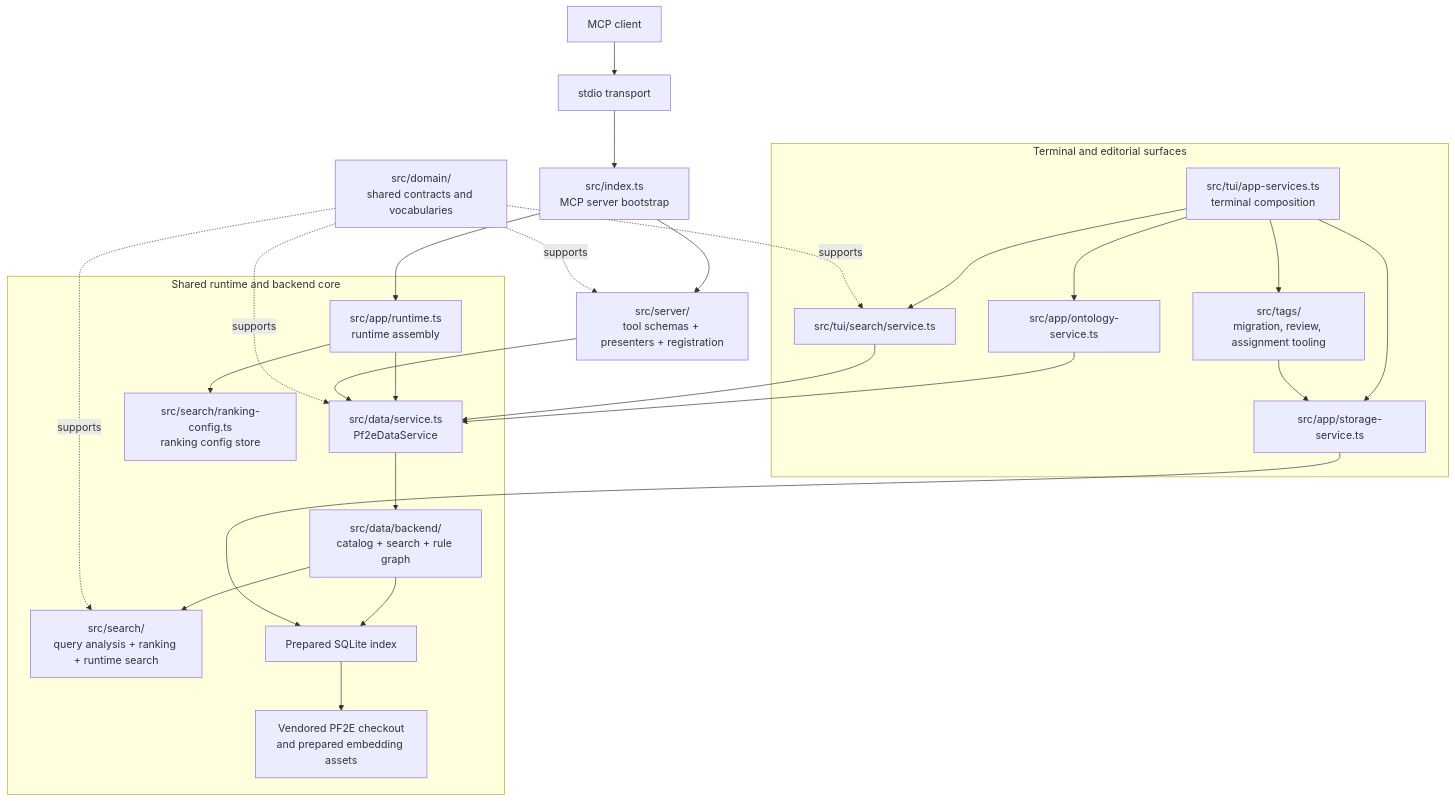
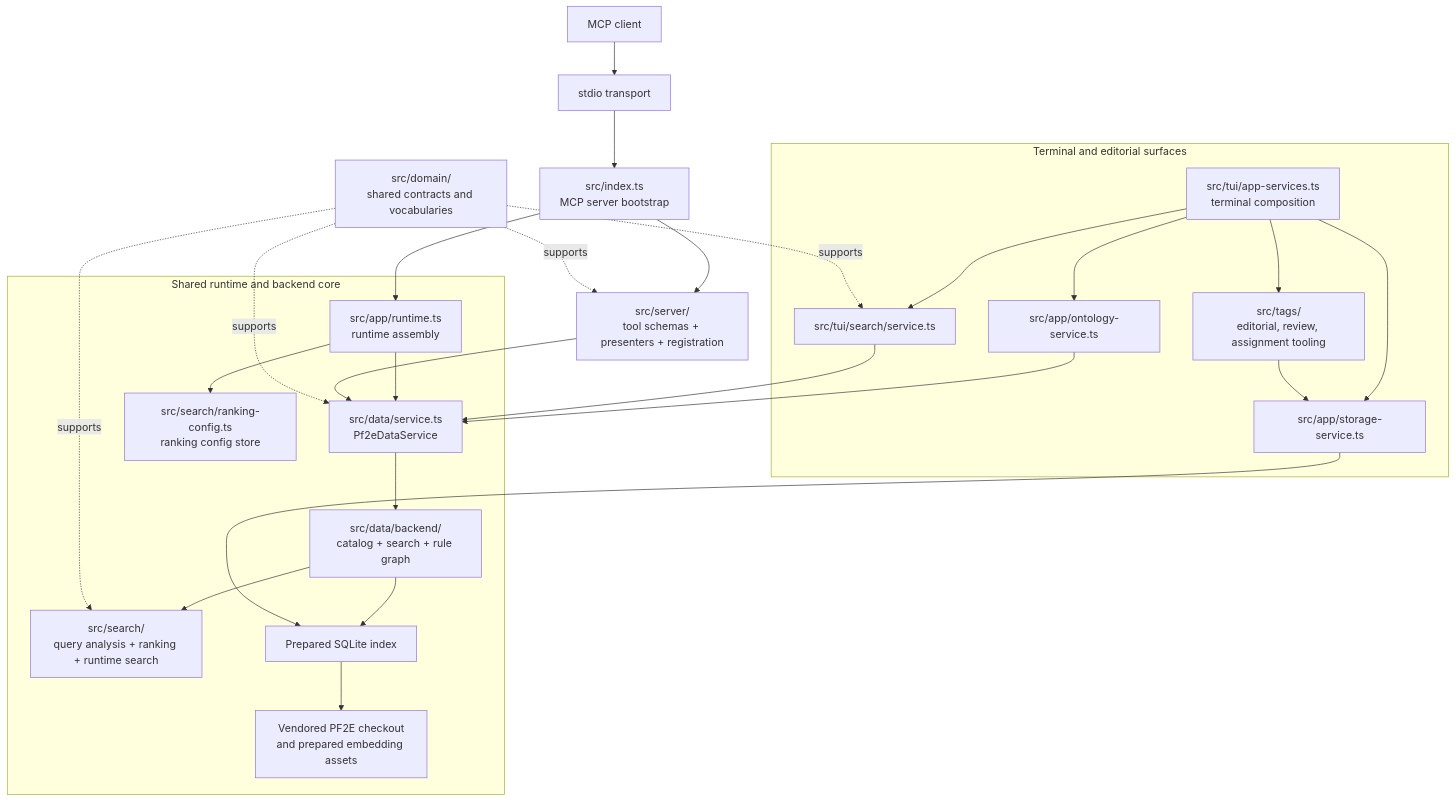
The first of 3 diagrams in docs/architecture/overview.md (e-kosten/pf2e-atlas), drawn with Mermaid before and after one commit. The commit also changed 4 other files, not shown here.

First line of the commit message:
docs(architecture): sync tag path references

````diff
--- a/docs/architecture/overview.md
+++ b/docs/architecture/overview.md
@@ -34,34 +34,34 @@
 ```mermaid
 flowchart TD
     client["MCP client"] --> stdio["stdio transport"]
     stdio --> server["src/index.ts<br/>MCP server bootstrap"]
     server --> appRuntime["src/app/runtime.ts<br/>runtime assembly"]
 
     subgraph SharedCore["Shared runtime and backend core"]
       appRuntime --> dataService["src/data/service.ts<br/>Pf2eDataService"]
       appRuntime --> ranking["src/search/ranking-config.ts<br/>ranking config store"]
       dataService --> catalog["src/data/backend/<br/>catalog + search + rule graph"]
       catalog --> search["src/search/<br/>query analysis + ranking + runtime search"]
       catalog --> db["Prepared SQLite index"]
       db --> vendor["Vendored PF2E checkout<br/>and prepared embedding assets"]
     end
 
     server --> toolHandlers["src/server/<br/>tool schemas + presenters + registration"]
     toolHandlers --> dataService
 
     subgraph TerminalAndEditorial["Terminal and editorial surfaces"]
       tuiRoot["src/tui/app-services.ts<br/>terminal composition"] --> ontology["src/app/ontology-service.ts"]
       tuiRoot --> storage["src/app/storage-service.ts"]
       tuiRoot --> tuiSearch["src/tui/search/service.ts"]
-      tuiRoot --> tags["src/tags/<br/>migration, review, assignment tooling"]
+      tuiRoot --> tags["src/tags/<br/>editorial, review, assignment tooling"]
       ontology --> dataService
       tuiSearch --> dataService
       storage --> db
       tags --> storage
     end
 
     domain["src/domain/<br/>shared contracts and vocabularies"] -. supports .-> dataService
     domain -. supports .-> search
     domain -. supports .-> toolHandlers
     domain -. supports .-> tuiSearch
 ```
````
